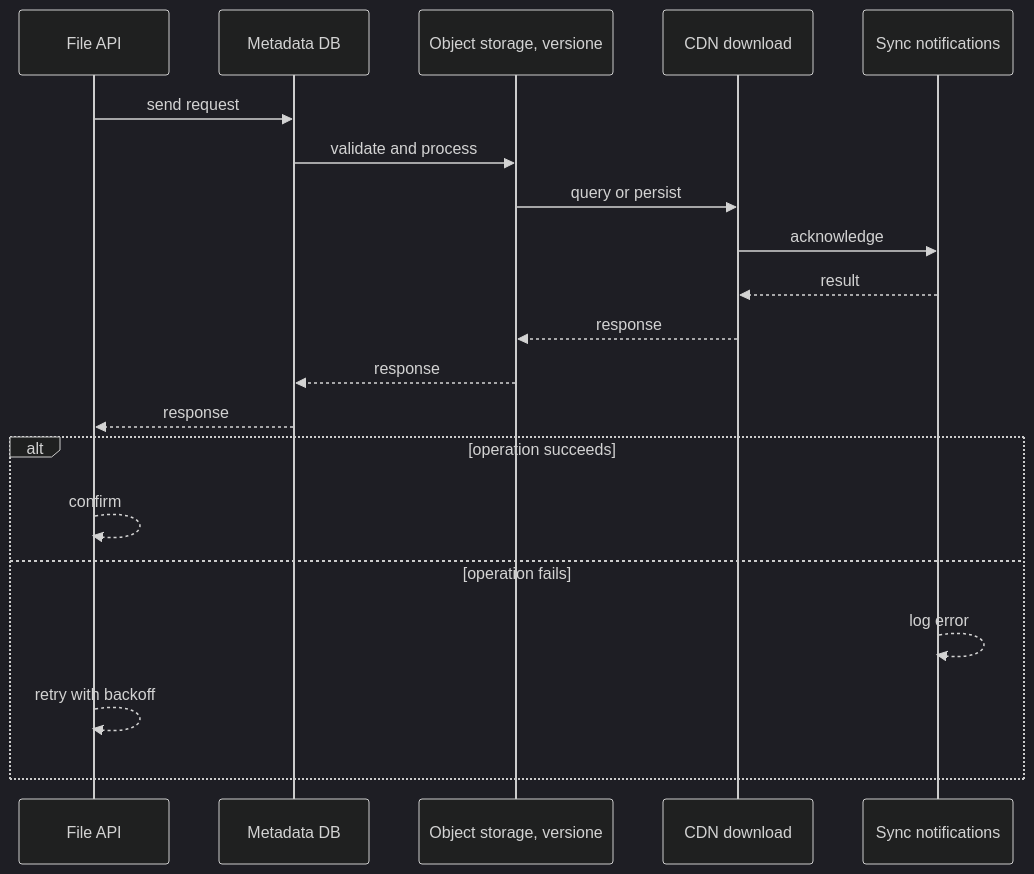
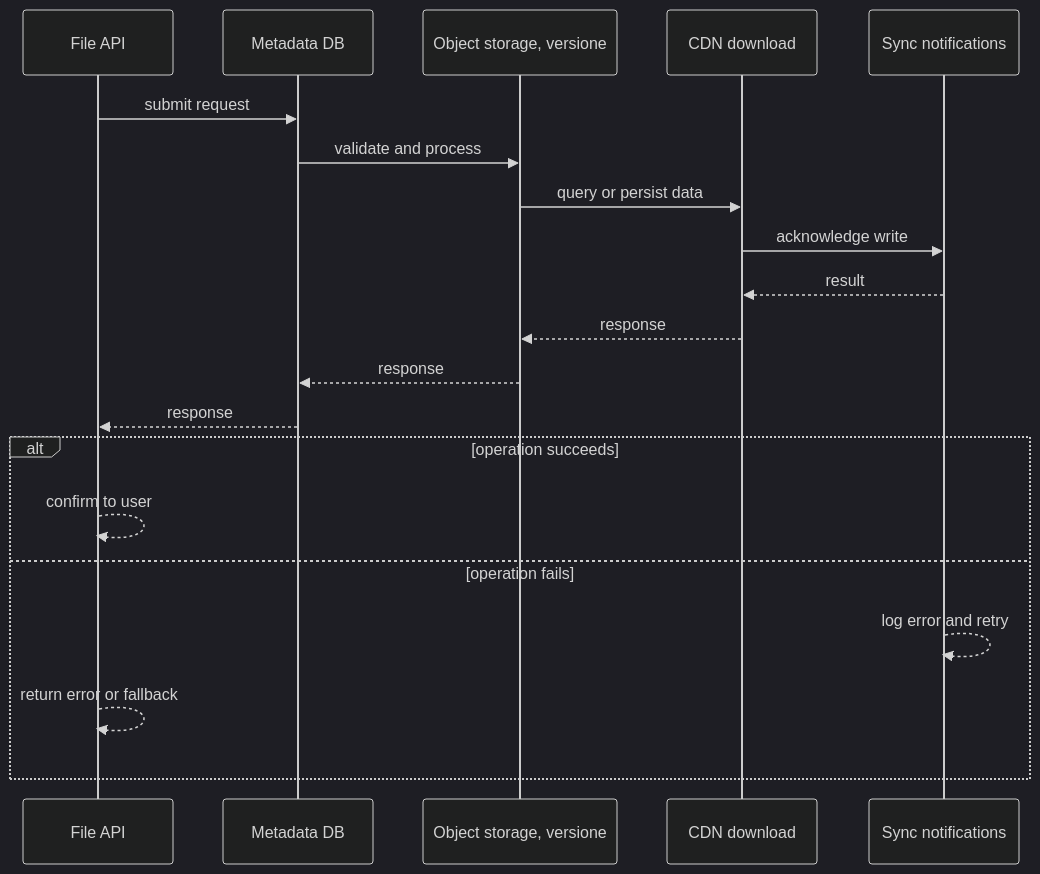
Before and after one commit to RIT-MESH/system-design-mastery: the second of 4 diagrams in case-studies/advanced/cloud-file-storage.md, drawn with Mermaid (dark theme). The commit also changed other lines of this file and 127 other files, not shown here.

First line of the commit message:
Improve all case study diagrams: case-specific sequences, fix truncated labels

````diff
--- a/case-studies/advanced/cloud-file-storage.md
+++ b/case-studies/advanced/cloud-file-storage.md
@@ -75,23 +75,23 @@
 ```mermaid
 %% created-for: system-design-mastery
 sequenceDiagram
-  participant C0 as File API
-  participant C1 as Metadata DB
-  participant C2 as Object storage, versione
-  participant C3 as CDN download
-  participant C4 as Sync notifications
-  C0 ->> C1: send request
-  C1 ->> C2: validate and process
-  C2 ->> C3: query or persist
-  C3 ->> C4: acknowledge
-  C4 -->> C3: result
-  C3 -->> C2: response
-  C2 -->> C1: response
-  C1 -->> C0: response
+  participant P0 as File API
+  participant P1 as Metadata DB
+  participant P2 as Object storage, versione
+  participant P3 as CDN download
+  participant P4 as Sync notifications
+  P0 ->> P1: submit request
+  P1 ->> P2: validate and process
+  P2 ->> P3: query or persist data
+  P3 ->> P4: acknowledge write
+  P4 -->> P3: result
+  P3 -->> P2: response
+  P2 -->> P1: response
+  P1 -->> P0: response
   alt operation succeeds
-    C0 -->> C0: confirm
+    P0 -->> P0: confirm to user
   else operation fails
-    C4 -->> C4: log error
-    C0 -->> C0: retry with backoff
+    P4 -->> P4: log error and retry
+    P0 -->> P0: return error or fallback
   end
 ```
````
